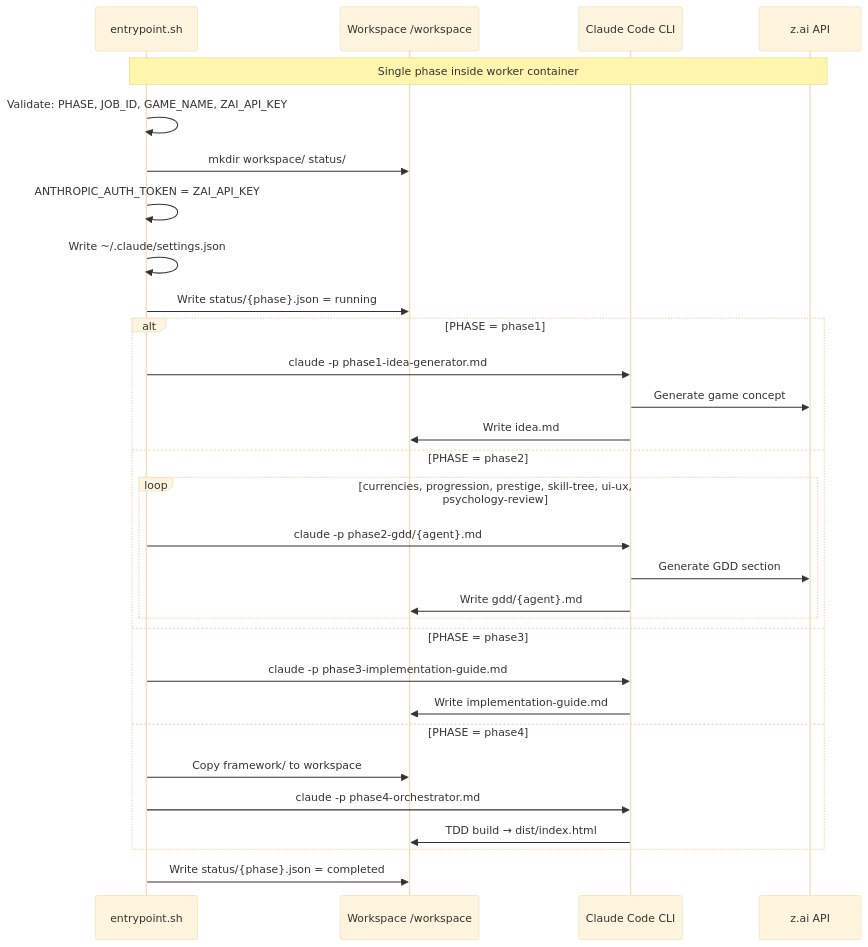
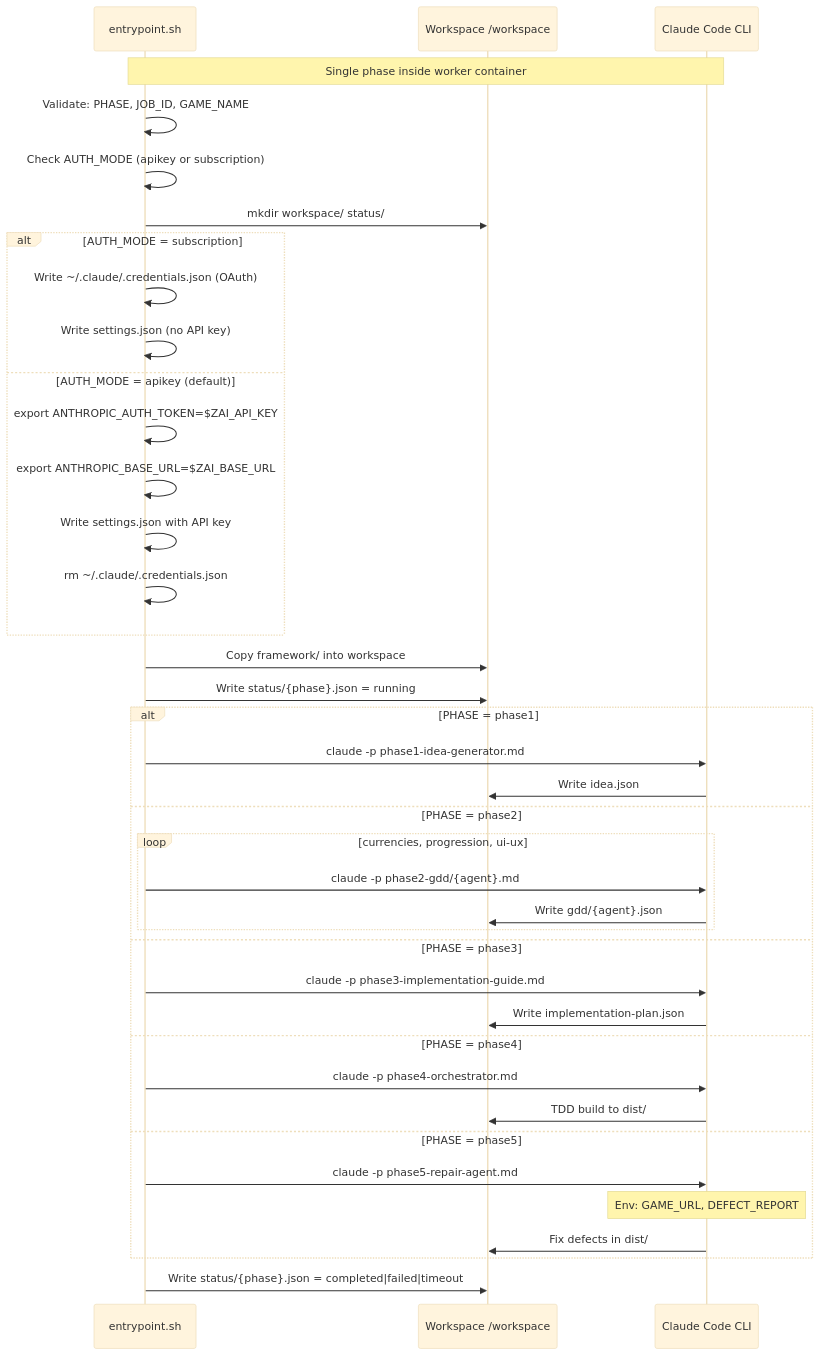
The sixth of 7 diagrams in AI/document/02-user-flows.md (J-Gierend/gamePocGen), drawn with Mermaid (base theme) before and after one commit. The commit also changed other lines of this file and 12 other files, not shown here.

First line of the commit message:
fix: regenerate all architecture docs from current source

````diff
--- a/AI/document/02-user-flows.md
+++ b/AI/document/02-user-flows.md
@@ -168,35 +213,46 @@
 ```mermaid
 sequenceDiagram
     participant Entry as entrypoint.sh
     participant FS as Workspace /workspace
     participant Claude as Claude Code CLI
-    participant ZAI as z.ai API
 
-    Note over Entry,ZAI: Single phase inside worker container
-    Entry->>Entry: Validate: PHASE, JOB_ID, GAME_NAME, ZAI_API_KEY
+    Note over Entry,Claude: Single phase inside worker container
+    Entry->>Entry: Validate: PHASE, JOB_ID, GAME_NAME
+    Entry->>Entry: Check AUTH_MODE (apikey or subscription)
     Entry->>FS: mkdir workspace/ status/
-    Entry->>Entry: ANTHROPIC_AUTH_TOKEN = ZAI_API_KEY
-    Entry->>Entry: Write ~/.claude/settings.json
+
+    alt AUTH_MODE = subscription
+        Entry->>Entry: Write ~/.claude/.credentials.json (OAuth)
+        Entry->>Entry: Write settings.json (no API key)
+    else AUTH_MODE = apikey (default)
+        Entry->>Entry: export ANTHROPIC_AUTH_TOKEN=$ZAI_API_KEY
+        Entry->>Entry: export ANTHROPIC_BASE_URL=$ZAI_BASE_URL
+        Entry->>Entry: Write settings.json with API key
+        Entry->>Entry: rm ~/.claude/.credentials.json
+    end
+
+    Entry->>FS: Copy framework/ into workspace
     Entry->>FS: Write status/{phase}.json = running
 
     alt PHASE = phase1
         Entry->>Claude: claude -p phase1-idea-generator.md
-        Claude->>ZAI: Generate game concept
-        Claude->>FS: Write idea.md
+        Claude->>FS: Write idea.json
     else PHASE = phase2
-        loop currencies, progression, prestige, skill-tree, ui-ux, psychology-review
+        loop currencies, progression, ui-ux
             Entry->>Claude: claude -p phase2-gdd/{agent}.md
-            Claude->>ZAI: Generate GDD section
-            Claude->>FS: Write gdd/{agent}.md
+            Claude->>FS: Write gdd/{agent}.json
         end
     else PHASE = phase3
         Entry->>Claude: claude -p phase3-implementation-guide.md
-        Claude->>FS: Write implementation-guide.md
+        Claude->>FS: Write implementation-plan.json
     else PHASE = phase4
-        Entry->>FS: Copy framework/ to workspace
         Entry->>Claude: claude -p phase4-orchestrator.md
-        Claude->>FS: TDD build → dist/index.html
+        Claude->>FS: TDD build to dist/
+    else PHASE = phase5
+        Entry->>Claude: claude -p phase5-repair-agent.md
+        Note over Claude: Env: GAME_URL, DEFECT_REPORT
+        Claude->>FS: Fix defects in dist/
     end
 
-    Entry->>FS: Write status/{phase}.json = completed
+    Entry->>FS: Write status/{phase}.json = completed|failed|timeout
 ```
````
